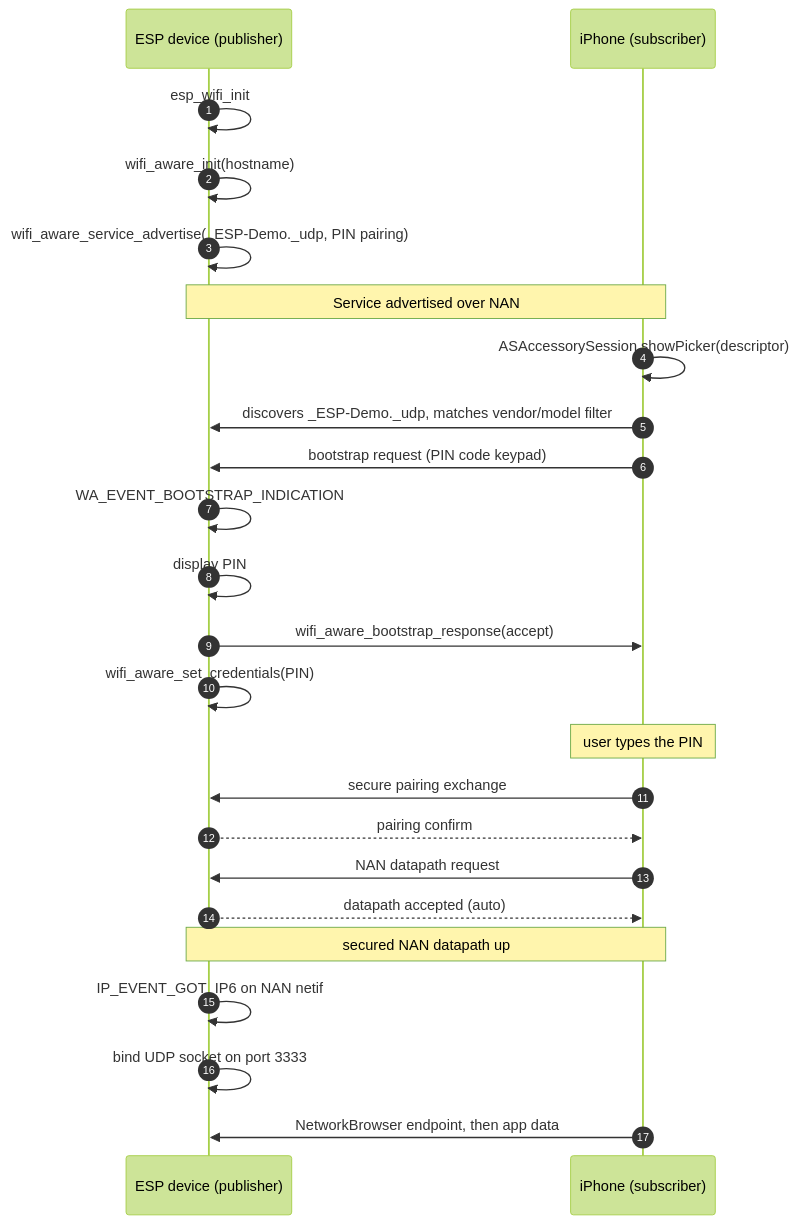
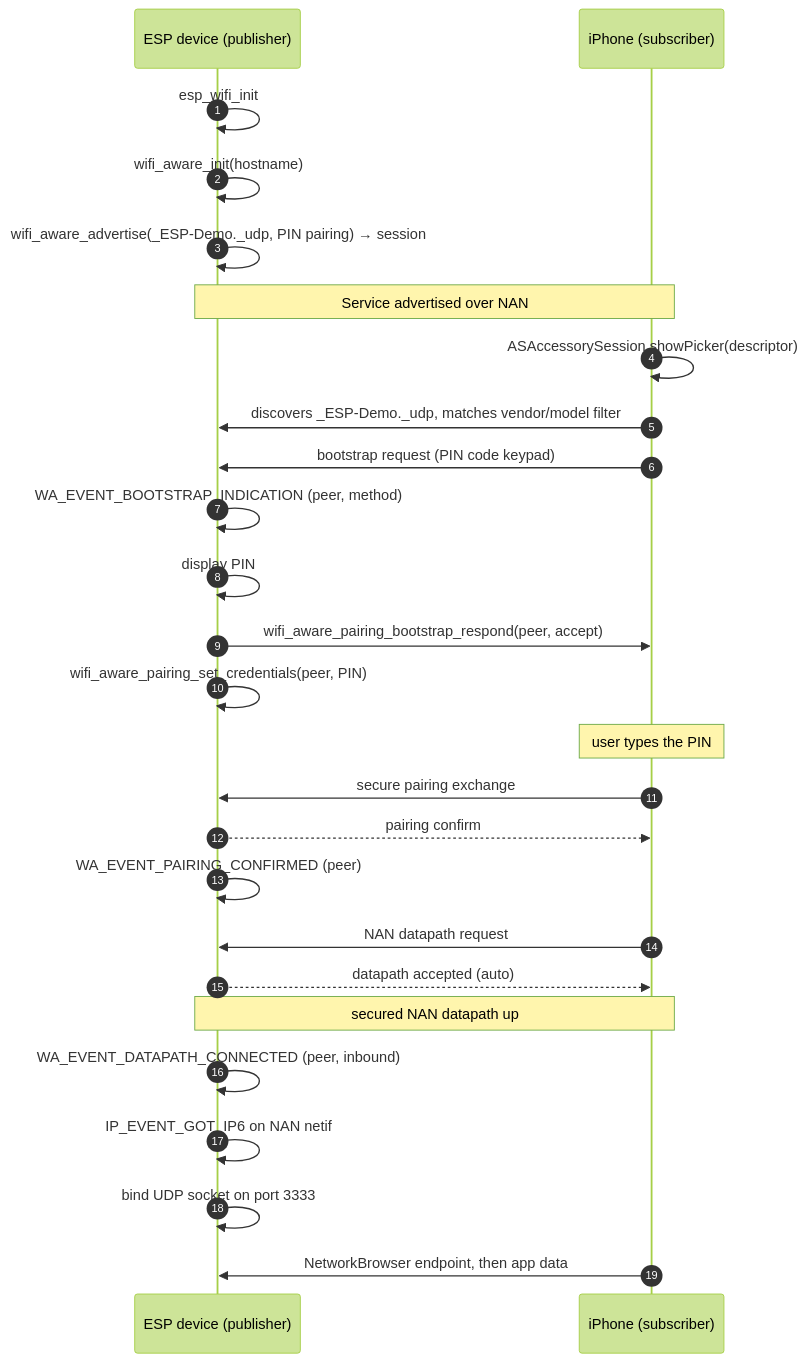
The diagram in content/blog/2026/08/wifi-aware-esp-to-iphone/index.md (espressif/developer-portal), drawn with Mermaid (forest theme) before and after one commit. The commit also changed other lines of this file, not shown here.

````diff
--- a/content/blog/2026/08/wifi-aware-esp-to-iphone/index.md
+++ b/content/blog/2026/08/wifi-aware-esp-to-iphone/index.md
@@ -174,32 +175,34 @@
 ```mermaid
 sequenceDiagram
     autonumber
     participant E as ESP device (publisher)
     participant P as iPhone (subscriber)
 
     E->>E: esp_wifi_init
     E->>E: wifi_aware_init(hostname)
-    E->>E: wifi_aware_service_advertise(_ESP-Demo._udp, PIN pairing)
+    E->>E: wifi_aware_advertise(_ESP-Demo._udp, PIN pairing) → session
     Note over E,P: Service advertised over NAN
 
     P->>P: ASAccessorySession.showPicker(descriptor)
     P->>E: discovers _ESP-Demo._udp, matches vendor/model filter
     P->>E: bootstrap request (PIN code keypad)
 
-    E->>E: WA_EVENT_BOOTSTRAP_INDICATION
+    E->>E: WA_EVENT_BOOTSTRAP_INDICATION (peer, method)
     E->>E: display PIN
-    E->>P: wifi_aware_bootstrap_response(accept)
-    E->>E: wifi_aware_set_credentials(PIN)
+    E->>P: wifi_aware_pairing_bootstrap_respond(peer, accept)
+    E->>E: wifi_aware_pairing_set_credentials(peer, PIN)
 
     Note over P: user types the PIN
     P->>E: secure pairing exchange
     E-->>P: pairing confirm
+    E->>E: WA_EVENT_PAIRING_CONFIRMED (peer)
 
     P->>E: NAN datapath request
     E-->>P: datapath accepted (auto)
     Note over E,P: secured NAN datapath up
+    E->>E: WA_EVENT_DATAPATH_CONNECTED (peer, inbound)
 
     E->>E: IP_EVENT_GOT_IP6 on NAN netif
     E->>E: bind UDP socket on port 3333
     P->>E: NetworkBrowser endpoint, then app data
 ```
````
